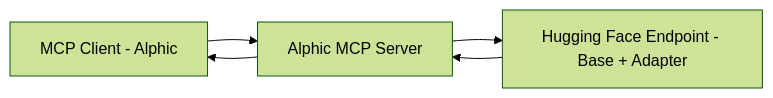
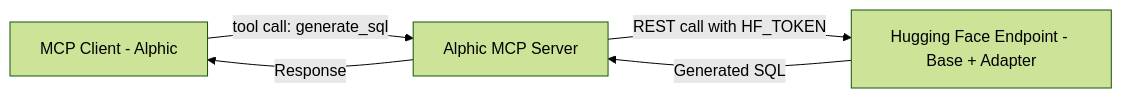
Before and after one commit to chrisjcc/llm-applied-research: the diagram in agent-project/README.md, drawn with Mermaid (forest theme).

Commit message:
Add edge labels

````diff
--- a/agent-project/README.md
+++ b/agent-project/README.md
@@ -14,7 +14,7 @@
 ```mermaid
 flowchart LR
-    A[MCP Client - Alphic] --> B[Alphic MCP Server]
-    B --> C[Hugging Face Endpoint - Base + Adapter]
-    C --> B
-    B --> A
+    A[MCP Client - Alphic] -->|tool call: generate_sql| B[Alphic MCP Server]
+    B -->|REST call with HF_TOKEN| C[Hugging Face Endpoint - Base + Adapter]
+    C -->|Generated SQL| B
+    B -->|Response| A
 ```
````
